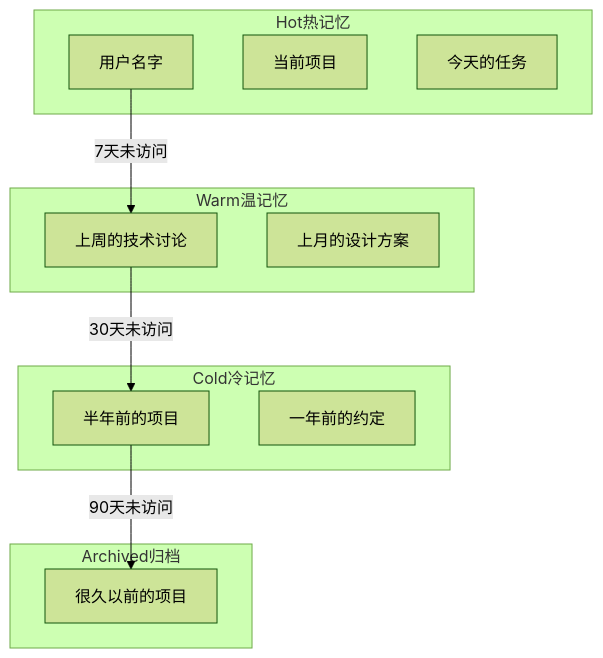
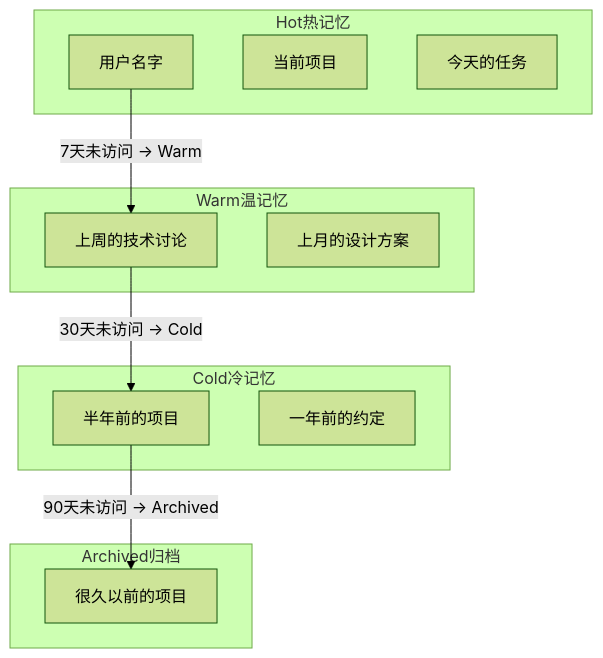
One commit to yeheng/nanobot-rs changed the sixth of 12 diagrams in docs/memory-history.md. Above: the diagram before and after it, drawn with Mermaid (forest theme). The commit also changed 35 other files, not shown here.

````diff
--- a/docs/memory-history.md
+++ b/docs/memory-history.md
@@ -145,26 +145,26 @@
 ```mermaid
 flowchart TB
     subgraph Hot热记忆
         H1[用户名字]
         H2[当前项目]
         H3[今天的任务]
     end
     
     subgraph Warm温记忆
         W1[上周的技术讨论]
         W2[上月的设计方案]
     end
     
     subgraph Cold冷记忆
         C1[半年前的项目]
         C2[一年前的约定]
     end
     
     subgraph Archived归档
         A1[很久以前的项目]
     end
     
-    H1 -->|7天未访问| W1
-    W1 -->|30天未访问| C1
-    C1 -->|90天未访问| A1
+    H1 -->|7天未访问 → Warm| W1
+    W1 -->|30天未访问 → Cold| C1
+    C1 -->|90天未访问 → Archived| A1
 ```
````
